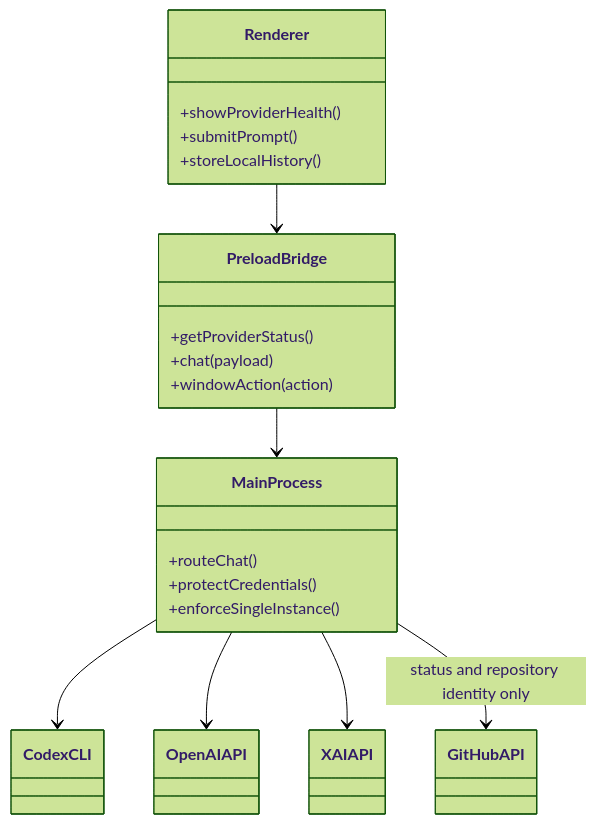
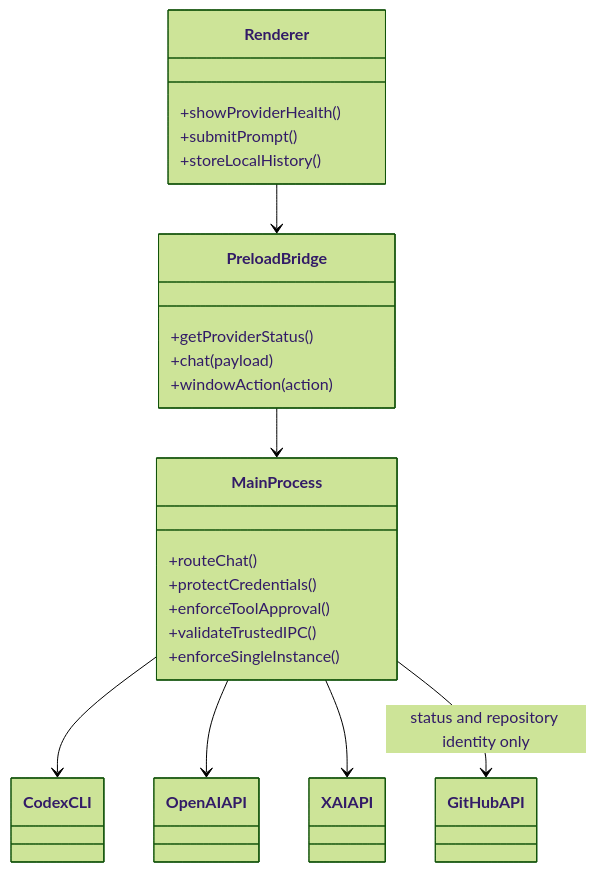
Before and after one commit to grummpy/master-chief-hologram-releases: the second of 2 diagrams in docs/SYSTEM_FLOW.md, drawn with Mermaid (forest theme). The commit also changed other lines of this file and 18 other files, not shown here.

````diff
--- a/docs/SYSTEM_FLOW.md
+++ b/docs/SYSTEM_FLOW.md
@@ -32,28 +35,30 @@
 ```mermaid
 classDiagram
   class Renderer {
     +showProviderHealth()
     +submitPrompt()
     +storeLocalHistory()
   }
   class PreloadBridge {
     +getProviderStatus()
     +chat(payload)
     +windowAction(action)
   }
   class MainProcess {
     +routeChat()
     +protectCredentials()
+    +enforceToolApproval()
+    +validateTrustedIPC()
     +enforceSingleInstance()
   }
   class CodexCLI
   class OpenAIAPI
   class XAIAPI
   class GitHubAPI
   Renderer --> PreloadBridge
   PreloadBridge --> MainProcess
   MainProcess --> CodexCLI
   MainProcess --> OpenAIAPI
   MainProcess --> XAIAPI
   MainProcess --> GitHubAPI : status and repository identity only
 ```
````
